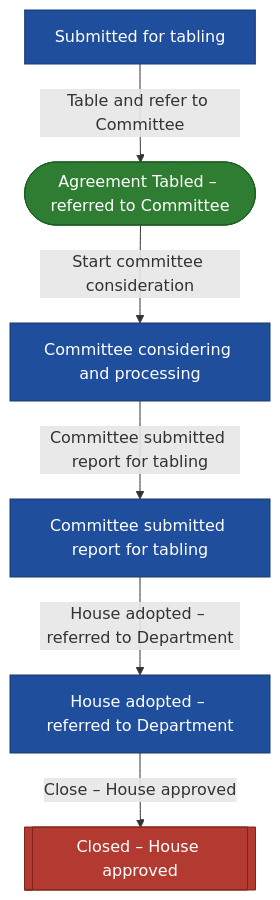
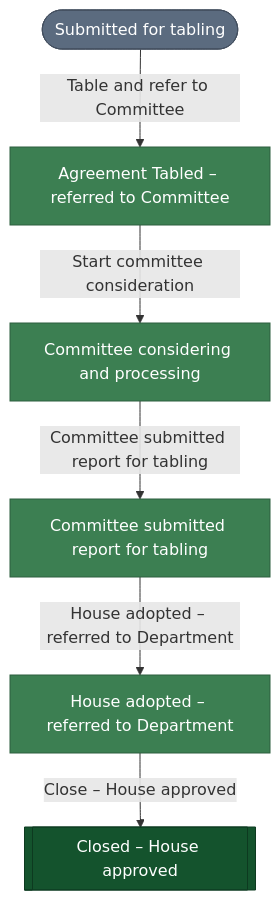
The diagram in src/pwms/docs/international_agreement_workflow.md (gelie/pwms_project), drawn with Mermaid before and after one commit. The commit also changed 33 other files, not shown here.

````diff
--- a/src/pwms/docs/international_agreement_workflow.md
+++ b/src/pwms/docs/international_agreement_workflow.md
@@ -5,19 +5,19 @@
 ```mermaid
 %% Generated by `manage.py generate_diagrams`; do not edit by hand.
 %% Workflow: International Agreement
 flowchart TD
-    classDef initial fill:#2F7D32,stroke:#1B5E20,color:#FFFFFF,stroke-width:1px
-    classDef regular fill:#1F4E9C,stroke:#163A73,color:#FFFFFF,stroke-width:1px
-    classDef terminal fill:#B23A30,stroke:#7F241D,color:#FFFFFF,stroke-width:1px
-    s0["Submitted for tabling"]:::regular
-    s1(["Agreement Tabled – referred to Committee"]):::initial
+    classDef initial fill:#5b6b7f,stroke:#434f5f,color:#FFFFFF,stroke-width:1px
+    classDef regular fill:#3c7f52,stroke:#2d5f3e,color:#FFFFFF,stroke-width:1px
+    classDef terminal fill:#14532d,stroke:#0d3a20,color:#FFFFFF,stroke-width:1px
+    s0(["Submitted for tabling"]):::initial
+    s1["Agreement Tabled – referred to Committee"]:::regular
     s2["Committee considering and processing"]:::regular
     s3["Committee submitted report for tabling"]:::regular
     s4["House adopted – referred to Department"]:::regular
     s5[["Closed – House approved"]]:::terminal
     s0 -->|"Table and refer to Committee"| s1
     s1 -->|"Start committee consideration"| s2
     s2 -->|"Committee submitted report for tabling"| s3
     s3 -->|"House adopted – referred to Department"| s4
     s4 -->|"Close – House approved"| s5
 ```
````
